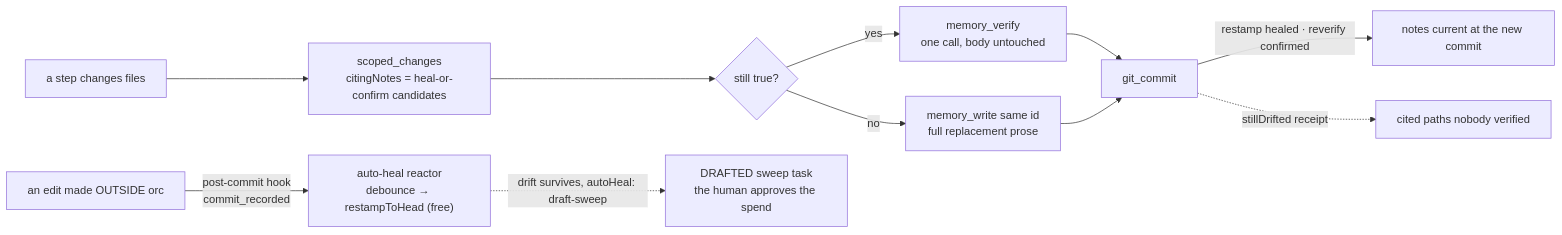
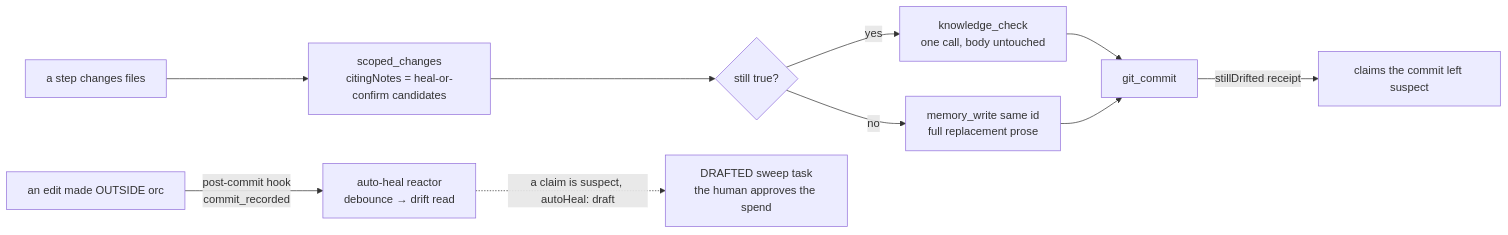
Before and after one commit to fetttttjoe/ORC: the second of 7 diagrams in docs/ARCHITECTURE.md, drawn with Mermaid. The commit also changed other lines of this file and 99 other files, not shown here.

First line of the commit message:
feat(knowledge): claim state comes from git blame and tree-sitter symbol digests

````diff
--- a/docs/ARCHITECTURE.md
+++ b/docs/ARCHITECTURE.md
@@ -86,14 +86,13 @@
 ```mermaid
 flowchart LR
   change["a step changes files"] --> sc["scoped_changes<br/>citingNotes = heal-or-confirm candidates"]
   sc --> judge{"still true?"}
-  judge -->|yes| verify["memory_verify<br/>one call, body untouched"]
+  judge -->|yes| verify["knowledge_check<br/>one call, body untouched"]
   judge -->|no| heal["memory_write same id<br/>full replacement prose"]
   verify --> commit["git_commit"]
   heal --> commit
-  commit -->|"restamp healed · reverify confirmed"| done["notes current at the new commit"]
-  commit -.->|"stillDrifted receipt"| gap["cited paths nobody verified"]
+  commit -->|"stillDrifted receipt"| gap["claims the commit left suspect"]
 
-  outside["an edit made OUTSIDE orc"] -->|"post-commit hook<br/>commit_recorded"| reactor["auto-heal reactor<br/>debounce → restampToHead (free)"]
-  reactor -.->|"drift survives, autoHeal: draft-sweep"| draft["DRAFTED sweep task<br/>the human approves the spend"]
+  outside["an edit made OUTSIDE orc"] -->|"post-commit hook<br/>commit_recorded"| reactor["auto-heal reactor<br/>debounce → drift read"]
+  reactor -.->|"a claim is suspect, autoHeal: draft"| draft["DRAFTED sweep task<br/>the human approves the spend"]
 ```
````
